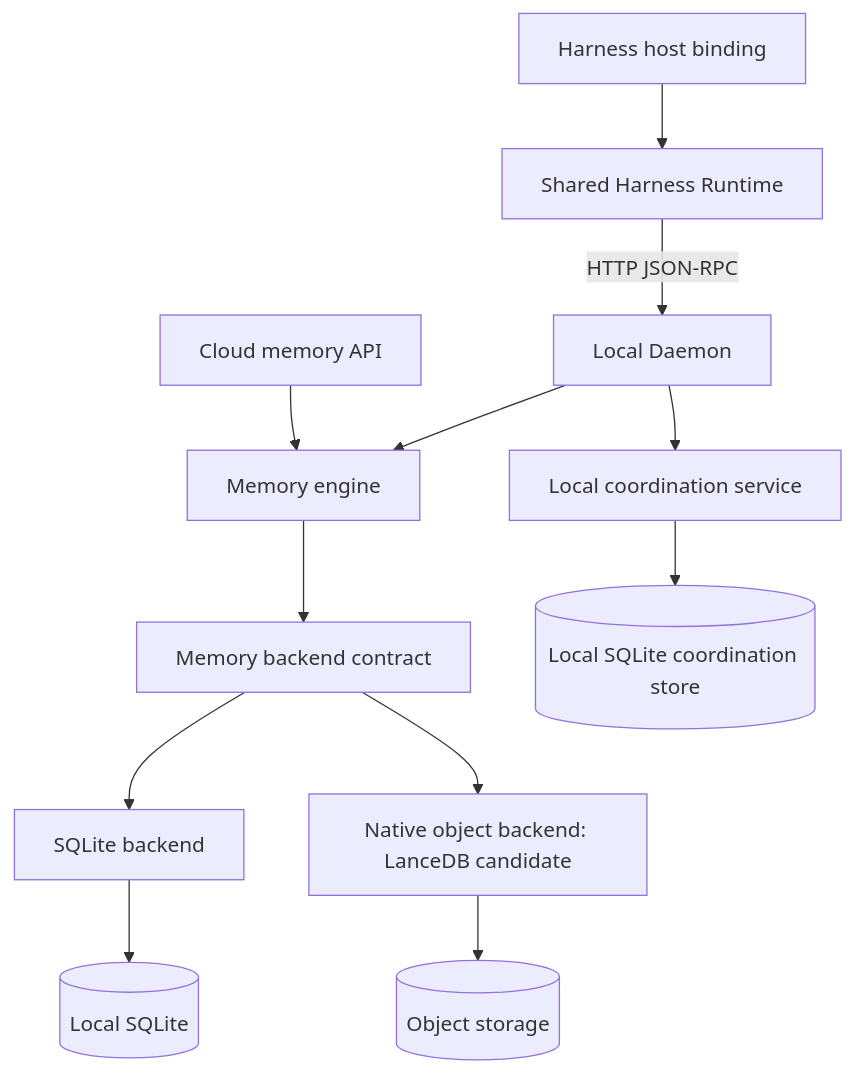
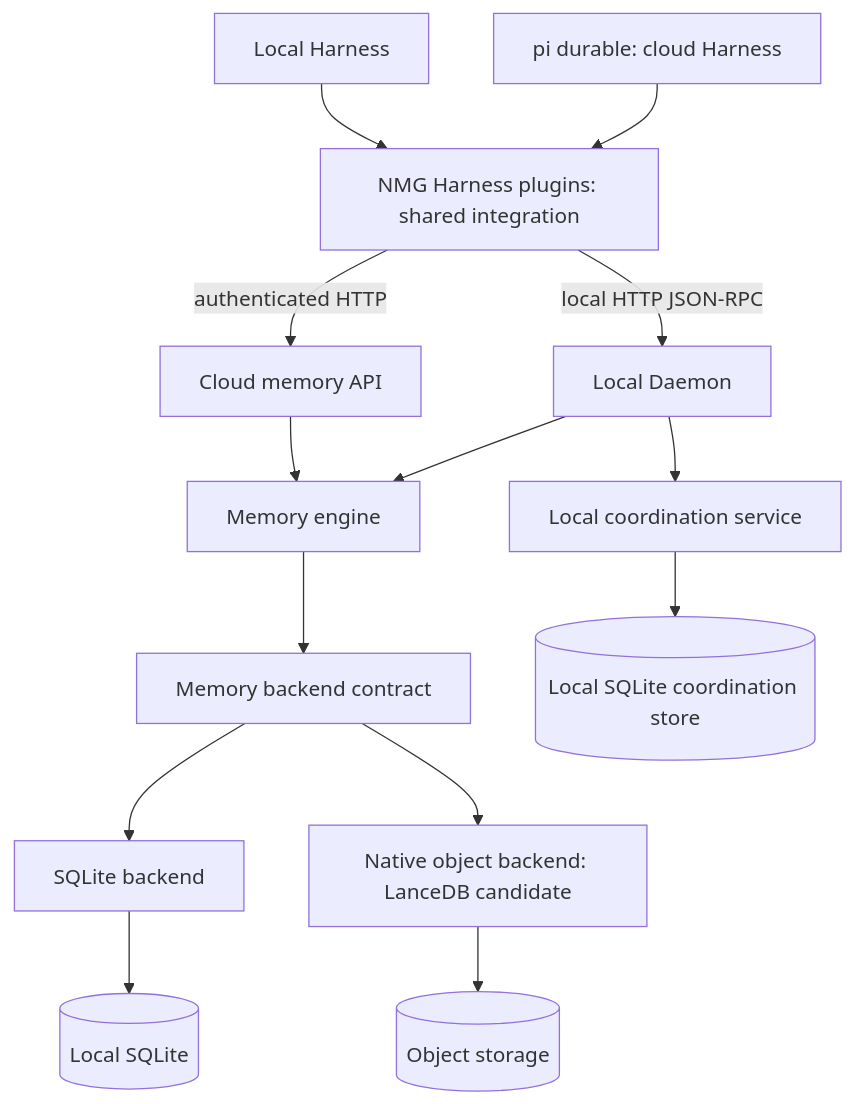
One commit to wefio/NodeMemoryGraph changed the diagram in docs/design/unified-architecture.md. Above: the diagram before and after it, drawn with Mermaid. The commit also changed other lines of this file and 8 other files, not shown here.

First line of the commit message:
docs(architecture): complete pi durable cloud integration design

````diff
--- a/docs/design/unified-architecture.md
+++ b/docs/design/unified-architecture.md
@@ -18,14 +18,16 @@
 ```mermaid
 flowchart TB
-  Host[Harness host binding] --> Runtime[Shared Harness Runtime]
-  Runtime -->|HTTP JSON-RPC| Daemon[Local Daemon]
+  Host[Local Harness] --> Integration[NMG Harness plugins: shared integration]
+  Durable[pi durable: cloud Harness] --> Integration
+  Integration -->|local HTTP JSON-RPC| Daemon[Local Daemon]
+  Integration -->|authenticated HTTP| Cloud[Cloud memory API]
   Cloud[Cloud memory API] --> Engine[Memory engine]
   Daemon --> Engine
   Engine --> Port[Memory backend contract]
   Port --> SQL[SQLite backend]
   Port --> Native[Native object backend: LanceDB candidate]
   SQL --> LocalDB[(Local SQLite)]
   Native --> Objects[(Object storage)]
   Daemon --> Coordination[Local coordination service]
   Coordination --> CoordDB[(Local SQLite coordination store)]
 ```
````
